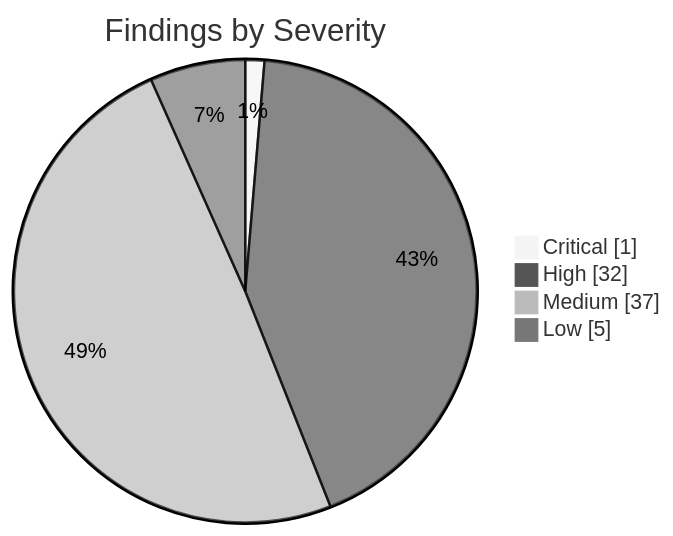
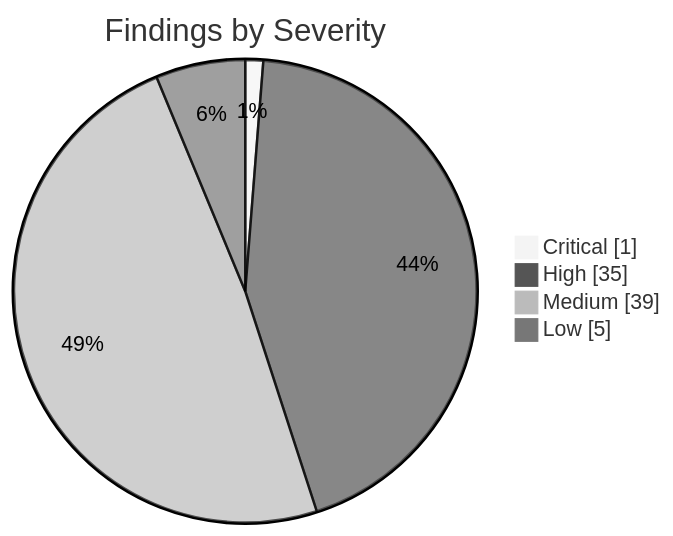
One commit to KBVE/kbve changed the first of 2 diagrams in apps/kbve/astro-kbve/src/content/docs/dashboard/security.mdx. Above: the diagram before and after it, drawn with Mermaid (neutral theme). The commit also changed other lines of this file and 8 other files, not shown here.

````diff
--- a/apps/kbve/astro-kbve/src/content/docs/dashboard/security.mdx
+++ b/apps/kbve/astro-kbve/src/content/docs/dashboard/security.mdx
@@ -62,8 +62,8 @@
 ```mermaid
 pie showData
     title Findings by Severity
     "Critical" : 1
-    "High" : 32
-    "Medium" : 37
+    "High" : 35
+    "Medium" : 39
     "Low" : 5
 ```
````
